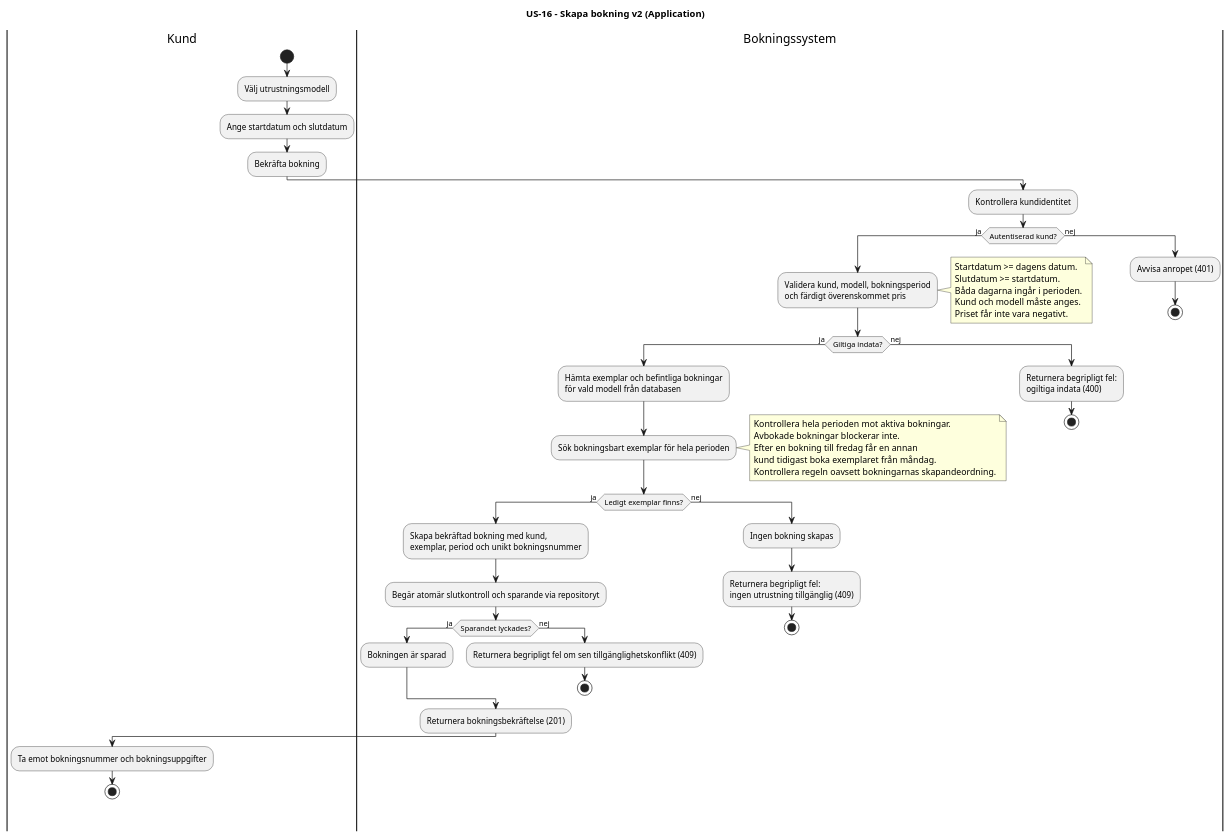
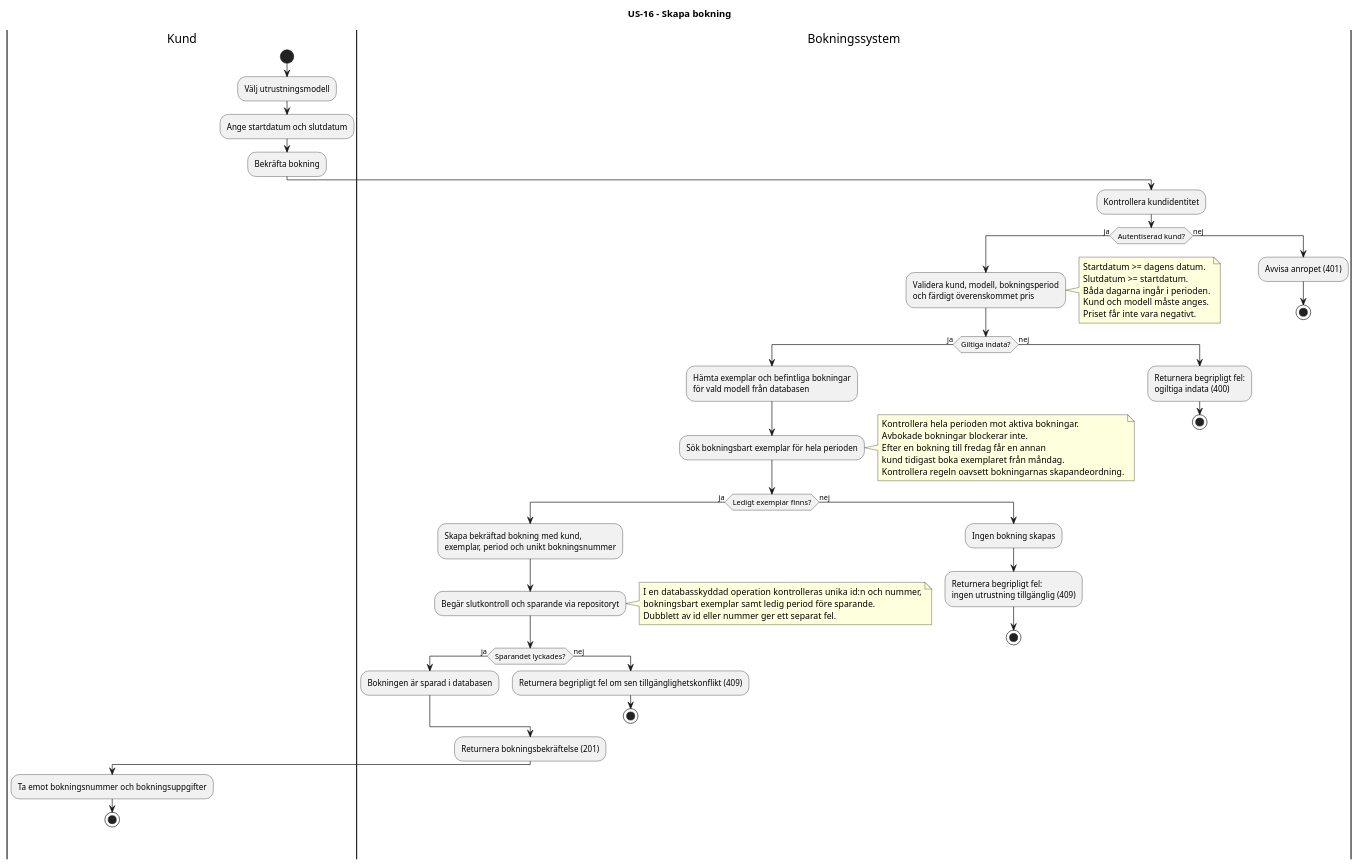
One commit to JackHoffsten/bokningssystem-sxx-maskiner-och-utrustning-ab changed the diagram in docs/uml/US-16/US-16-aktivitetsdiagram-v2.puml. Above: the diagram before and after it, drawn with PlantUML. The commit also changed 11 other files, not shown here.

```diff
--- a/docs/uml/US-16/US-16-aktivitetsdiagram-v2.puml
+++ b/docs/uml/US-16/US-16-aktivitetsdiagram-v2.puml
@@ -1,64 +1,70 @@
 @startuml
-title US-16 - Skapa bokning v2 (Application)
+title US-16 - Skapa bokning
 skinparam shadowing false
 
 |Kund|
 start
 :Välj utrustningsmodell;
 :Ange startdatum och slutdatum;
 :Bekräfta bokning;
 
 |Bokningssystem|
 :Kontrollera kundidentitet;
 if (Autentiserad kund?) then (ja)
   :Validera kund, modell, bokningsperiod
 och färdigt överenskommet pris;
   note right
     Startdatum >= dagens datum.
     Slutdatum >= startdatum.
     Båda dagarna ingår i perioden.
     Kund och modell måste anges.
     Priset får inte vara negativt.
   end note
   if (Giltiga indata?) then (ja)
     :Hämta exemplar och befintliga bokningar
     för vald modell från databasen;
     :Sök bokningsbart exemplar för hela perioden;
     note right
       Kontrollera hela perioden mot aktiva bokningar.
       Avbokade bokningar blockerar inte.
       Efter en bokning till fredag får en annan
       kund tidigast boka exemplaret från måndag.
       Kontrollera regeln oavsett bokningarnas skapandeordning.
     end note
     if (Ledigt exemplar finns?) then (ja)
       :Skapa bekräftad bokning med kund,
       exemplar, period och unikt bokningsnummer;
-      :Begär atomär slutkontroll och sparande via repositoryt;
+      :Begär slutkontroll och sparande via repositoryt;
+      note right
+        I en databasskyddad operation kontrolleras unika id:n och nummer,
+        bokningsbart exemplar samt ledig period före sparande.
+        Dubblett av id eller nummer ger ett separat fel.
+      end note
       if (Sparandet lyckades?) then (ja)
-        :Bokningen är sparad;
+        :Bokningen är sparad i databasen;
       else (nej)
         :Returnera begripligt fel om sen tillgänglighetskonflikt (409);
         stop
       endif
       :Returnera bokningsbekräftelse (201);
       |Kund|
       :Ta emot bokningsnummer och bokningsuppgifter;
       stop
     else (nej)
       |Bokningssystem|
       :Ingen bokning skapas;
       :Returnera begripligt fel:
       ingen utrustning tillgänglig (409);
       stop
     endif
   else (nej)
     :Returnera begripligt fel:
     ogiltiga indata (400);
     stop
   endif
 else (nej)
   :Avvisa anropet (401);
   stop
 endif
+
 @enduml
```
